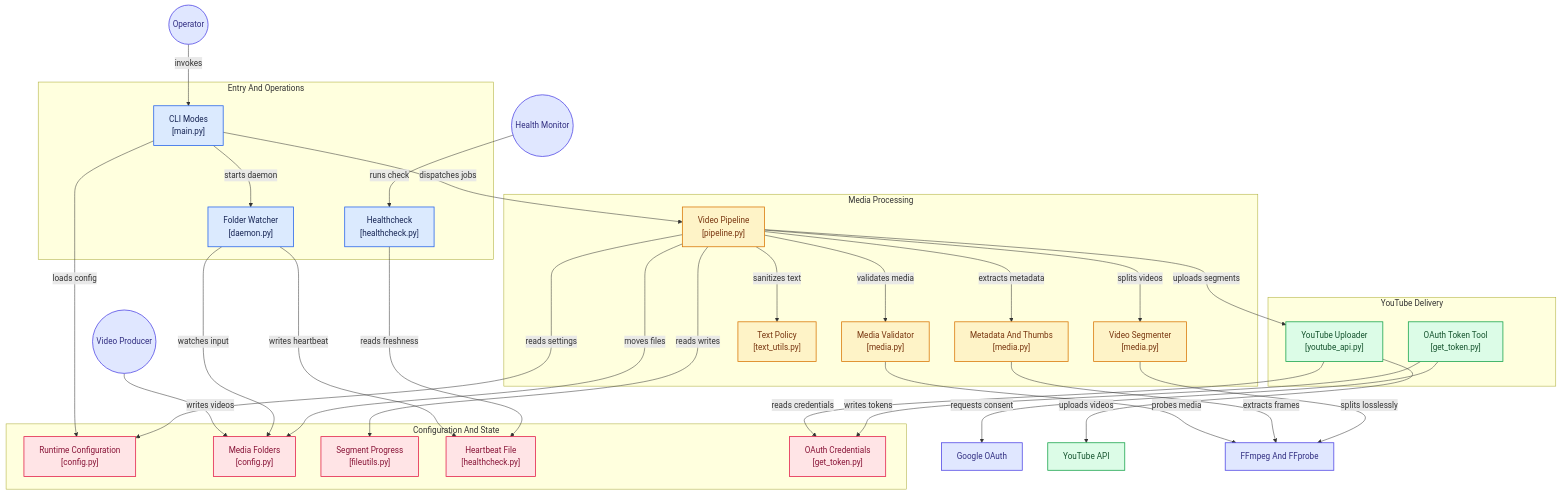
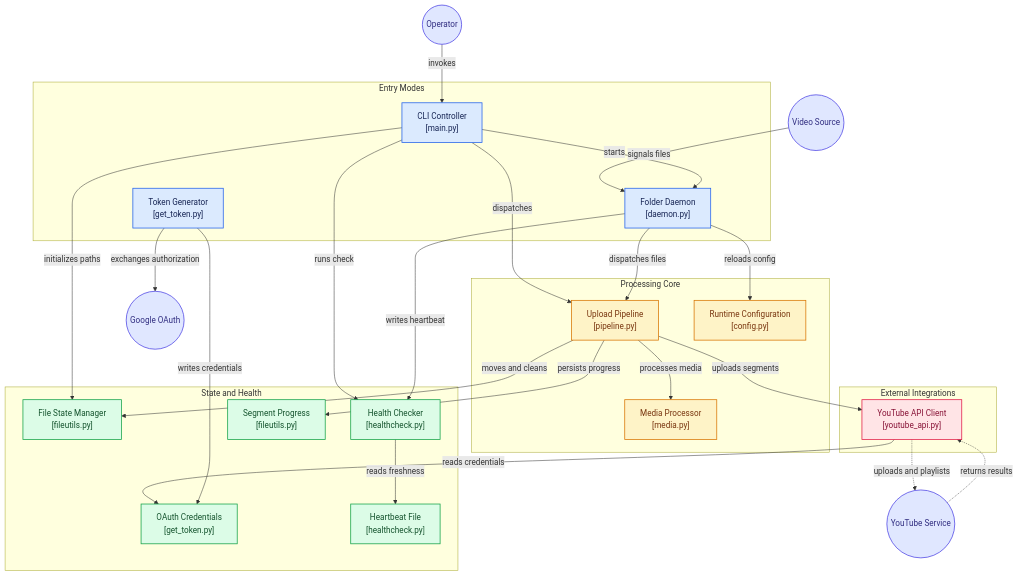
Before and after one commit to chaos7x/yt-upload: the diagram in ARCHITECTURE.md, drawn with Mermaid.

Commit message:
Update Maremaid (#100)

````diff
--- a/ARCHITECTURE.md
+++ b/ARCHITECTURE.md
@@ -7,80 +7,67 @@
 ```mermaid
 flowchart TD
 
-subgraph group_entry["Entry And Operations"]
-  node_cli_modes["CLI Modes<br/>[main.py]"]
-  node_folder_watcher["Folder Watcher<br/>[daemon.py]"]
-  node_healthcheck["Healthcheck<br/>[healthcheck.py]"]
+subgraph group_entry["Entry Modes"]
+  node_cli["CLI Controller<br/>[main.py]"]
+  node_daemon["Folder Daemon<br/>[daemon.py]"]
+  node_token_cli["Token Generator<br/>[get_token.py]"]
 end
 
-subgraph group_media["Media Processing"]
-  node_video_pipeline["Video Pipeline<br/>[pipeline.py]"]
-  node_validator["Media Validator<br/>[media.py]"]
-  node_metadata_thumbs["Metadata And Thumbs<br/>[media.py]"]
-  node_segmenter["Video Segmenter<br/>[media.py]"]
-  node_text_policy["Text Policy<br/>[text_utils.py]"]
+subgraph group_processing["Processing Core"]
+  node_pipeline["Upload Pipeline<br/>[pipeline.py]"]
+  node_media["Media Processor<br/>[media.py]"]
+  node_config["Runtime Configuration<br/>[config.py]"]
 end
 
-subgraph group_delivery["YouTube Delivery"]
-  node_youtube_uploader["YouTube Uploader<br/>[youtube_api.py]"]
-  node_oauth_tool["OAuth Token Tool<br/>[get_token.py]"]
+subgraph group_state["State and Health"]
+  node_fileutils["File State Manager<br/>[fileutils.py]"]
+  node_healthcheck["Health Checker<br/>[healthcheck.py]"]
+  node_progress["Segment Progress<br/>[fileutils.py]"]
+  node_credentials["OAuth Credentials<br/>[get_token.py]"]
+  node_heartbeat["Heartbeat File<br/>[healthcheck.py]"]
 end
 
-subgraph group_state["Configuration And State"]
-  node_config["Runtime Configuration<br/>[config.py]"]
-  node_media_folders["Media Folders<br/>[config.py]"]
-  node_progress_state["Segment Progress<br/>[fileutils.py]"]
-  node_heartbeat["Heartbeat File<br/>[healthcheck.py]"]
-  node_oauth_credentials["OAuth Credentials<br/>[get_token.py]"]
+subgraph group_integrations["External Integrations"]
+  node_youtube["YouTube API Client<br/>[youtube_api.py]"]
 end
 
-node_operator(("Operator"))
-node_video_producer(("Video Producer"))
-node_health_monitor(("Health Monitor"))
-node_google_oauth["Google OAuth"]
-node_youtube_service["YouTube API"]
-node_ffmpeg["FFmpeg And FFprobe"]
+node_user(("Operator"))
+node_video_source(("Video Source"))
+node_google_api(("YouTube Service"))
+node_google_oauth(("Google OAuth"))
 
-node_operator -->|"invokes"| node_cli_modes
-node_video_producer -->|"writes videos"| node_media_folders
-node_cli_modes -->|"loads config"| node_config
-node_cli_modes -->|"starts daemon"| node_folder_watcher
-node_cli_modes -->|"dispatches jobs"| node_video_pipeline
-node_health_monitor -->|"runs check"| node_healthcheck
-node_folder_watcher -->|"watches input"| node_media_folders
-node_folder_watcher -->|"writes heartbeat"| node_heartbeat
-node_video_pipeline -->|"reads settings"| node_config
-node_video_pipeline -->|"validates media"| node_validator
-node_video_pipeline -->|"extracts metadata"| node_metadata_thumbs
-node_video_pipeline -->|"splits videos"| node_segmenter
-node_video_pipeline -->|"sanitizes text"| node_text_policy
-node_video_pipeline -->|"moves files"| node_media_folders
-node_video_pipeline -->|"reads writes"| node_progress_state
-node_video_pipeline -->|"uploads segments"| node_youtube_uploader
-node_validator -->|"probes media"| node_ffmpeg
-node_metadata_thumbs -->|"extracts frames"| node_ffmpeg
-node_segmenter -->|"splits losslessly"| node_ffmpeg
-node_youtube_uploader -->|"reads credentials"| node_oauth_credentials
-node_youtube_uploader -->|"uploads videos"| node_youtube_service
-node_oauth_tool -->|"requests consent"| node_google_oauth
-node_oauth_tool -->|"writes tokens"| node_oauth_credentials
+node_user -->|"invokes"| node_cli
+node_video_source -->|"signals files"| node_daemon
+node_cli -->|"starts"| node_daemon
+node_cli -->|"dispatches"| node_pipeline
+node_cli -->|"initializes paths"| node_fileutils
+node_cli -->|"runs check"| node_healthcheck
+node_daemon -->|"dispatches files"| node_pipeline
+node_daemon -->|"reloads config"| node_config
+node_daemon -->|"writes heartbeat"| node_healthcheck
+node_pipeline -->|"processes media"| node_media
+node_pipeline -->|"moves and cleans"| node_fileutils
+node_pipeline -->|"uploads segments"| node_youtube
+node_pipeline -->|"persists progress"| node_progress
+node_youtube -->|"reads credentials"| node_credentials
+node_youtube -.->|"uploads and playlists"| node_google_api
+node_google_api -.->|"returns results"| node_youtube
+node_token_cli -->|"exchanges authorization"| node_google_oauth
+node_token_cli -->|"writes credentials"| node_credentials
 node_healthcheck -->|"reads freshness"| node_heartbeat
 
-click node_cli_modes "https://github.com/chaos7x/yt-upload/blob/main/src/yt_upload/main.py"
-click node_folder_watcher "https://github.com/chaos7x/yt-upload/blob/main/src/yt_upload/daemon.py"
+click node_cli "https://github.com/chaos7x/yt-upload/blob/main/src/yt_upload/main.py"
+click node_daemon "https://github.com/chaos7x/yt-upload/blob/main/src/yt_upload/daemon.py"
+click node_token_cli "https://github.com/chaos7x/yt-upload/blob/main/src/get_token/get_token.py"
+click node_pipeline "https://github.com/chaos7x/yt-upload/blob/main/src/yt_upload/pipeline.py"
+click node_media "https://github.com/chaos7x/yt-upload/blob/main/src/yt_upload/media.py"
+click node_config "https://github.com/chaos7x/yt-upload/blob/main/src/yt_upload/config.py"
+click node_youtube "https://github.com/chaos7x/yt-upload/blob/main/src/yt_upload/youtube_api.py"
+click node_fileutils "https://github.com/chaos7x/yt-upload/blob/main/src/yt_upload/fileutils.py"
 click node_healthcheck "https://github.com/chaos7x/yt-upload/blob/main/src/yt_upload/healthcheck.py"
-click node_video_pipeline "https://github.com/chaos7x/yt-upload/blob/main/src/yt_upload/pipeline.py"
-click node_validator "https://github.com/chaos7x/yt-upload/blob/main/src/yt_upload/media.py"
-click node_metadata_thumbs "https://github.com/chaos7x/yt-upload/blob/main/src/yt_upload/media.py"
-click node_segmenter "https://github.com/chaos7x/yt-upload/blob/main/src/yt_upload/media.py"
-click node_text_policy "https://github.com/chaos7x/yt-upload/blob/main/src/yt_upload/text_utils.py"
-click node_youtube_uploader "https://github.com/chaos7x/yt-upload/blob/main/src/yt_upload/youtube_api.py"
-click node_oauth_tool "https://github.com/chaos7x/yt-upload/blob/main/src/get_token/get_token.py"
-click node_config "https://github.com/chaos7x/yt-upload/blob/main/src/yt_upload/config.py"
-click node_media_folders "https://github.com/chaos7x/yt-upload/blob/main/src/yt_upload/config.py"
-click node_progress_state "https://github.com/chaos7x/yt-upload/blob/main/src/yt_upload/fileutils.py"
+click node_progress "https://github.com/chaos7x/yt-upload/blob/main/src/yt_upload/fileutils.py"
+click node_credentials "https://github.com/chaos7x/yt-upload/blob/main/src/get_token/get_token.py"
 click node_heartbeat "https://github.com/chaos7x/yt-upload/blob/main/src/yt_upload/healthcheck.py"
-click node_oauth_credentials "https://github.com/chaos7x/yt-upload/blob/main/src/get_token/get_token.py"
 
 classDef toneNeutral fill:#f8fafc,stroke:#334155,stroke-width:1.5px,color:#0f172a
 classDef toneBlue fill:#dbeafe,stroke:#2563eb,stroke-width:1.5px,color:#172554
@@ -89,9 +76,9 @@
 classDef toneRose fill:#ffe4e6,stroke:#e11d48,stroke-width:1.5px,color:#881337
 classDef toneIndigo fill:#e0e7ff,stroke:#4f46e5,stroke-width:1.5px,color:#312e81
 classDef toneTeal fill:#ccfbf1,stroke:#0f766e,stroke-width:1.5px,color:#134e4a
-class node_cli_modes,node_folder_watcher,node_healthcheck toneBlue
-class node_video_pipeline,node_validator,node_metadata_thumbs,node_segmenter,node_text_policy toneAmber
-class node_youtube_uploader,node_oauth_tool,node_youtube_service toneMint
-class node_config,node_media_folders,node_progress_state,node_heartbeat,node_oauth_credentials toneRose
-class node_operator,node_video_producer,node_health_monitor,node_google_oauth,node_ffmpeg toneIndigo
+class node_cli,node_daemon,node_token_cli toneBlue
+class node_pipeline,node_media,node_config toneAmber
+class node_fileutils,node_healthcheck,node_progress,node_credentials,node_heartbeat toneMint
+class node_youtube toneRose
+class node_user,node_video_source,node_google_api,node_google_oauth toneIndigo
 ```
````
